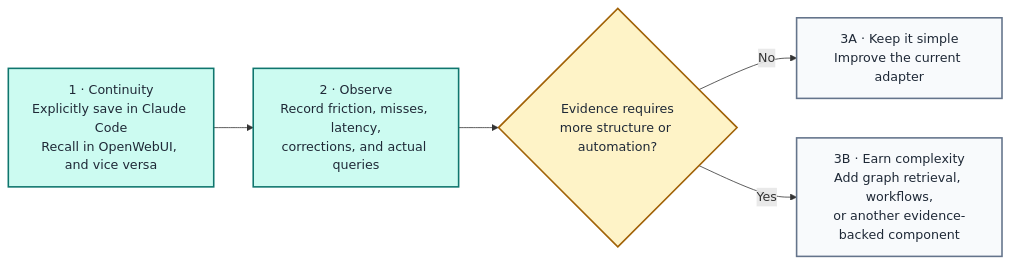
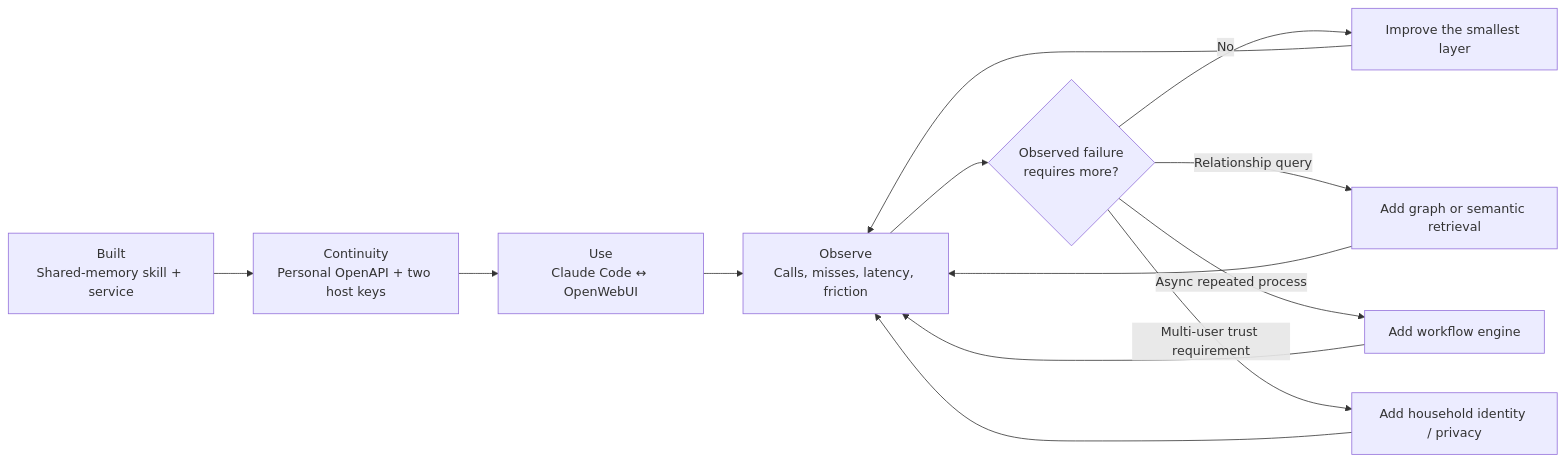
One commit to jokajak/hearthai changed the fifth of 5 diagrams in docs/ARCHITECTURE.md. Above: the diagram before and after it, drawn with Mermaid. The commit also changed other lines of this file, not shown here.

Commit message:
Expand HearthAI architecture documentation

````diff
--- a/docs/ARCHITECTURE.md
+++ b/docs/ARCHITECTURE.md
@@ -49,20 +383,18 @@
 ```mermaid
 flowchart LR
-    P1["1 · Continuity<br/>Explicitly save in Claude Code<br/>Recall in OpenWebUI, and vice versa"]
-    P2["2 · Observe<br/>Record friction, misses, latency,<br/>corrections, and actual queries"]
-    D{"Evidence requires<br/>more structure or automation?"}
-    P3A["3A · Keep it simple<br/>Improve the current adapter"]
-    P3B["3B · Earn complexity<br/>Add graph retrieval, workflows,<br/>or another evidence-backed component"]
+    P0["Built<br/>Shared-memory skill + service"]
+    P1["Continuity<br/>Personal OpenAPI + two host keys"]
+    P2["Use<br/>Claude Code ↔ OpenWebUI"]
+    P3["Observe<br/>Calls, misses, latency, friction"]
+    D{"Observed failure<br/>requires more?"}
+    SIMPLE["Improve the smallest layer"]
+    GRAPH["Add graph or semantic retrieval"]
+    FLOW["Add workflow engine"]
+    ID["Add household identity / privacy"]
 
-    P1 --> P2 --> D
-    D -- "No" --> P3A
-    D -- "Yes" --> P3B
-
-    classDef phase fill:#ccfbf1,stroke:#0f766e,stroke-width:2px,color:#1f2937
-    classDef decision fill:#fef3c7,stroke:#a16207,stroke-width:2px,color:#1f2937
-    classDef outcome fill:#f8fafc,stroke:#64748b,stroke-width:2px,color:#1f2937
-
-    class P1,P2 phase
-    class D decision
-    class P3A,P3B outcome
+    P0 --> P1 --> P2 --> P3 --> D
+    D -- "No" --> SIMPLE --> P3
+    D -- "Relationship query" --> GRAPH --> P3
+    D -- "Async repeated process" --> FLOW --> P3
+    D -- "Multi-user trust requirement" --> ID --> P3
 ```
````
